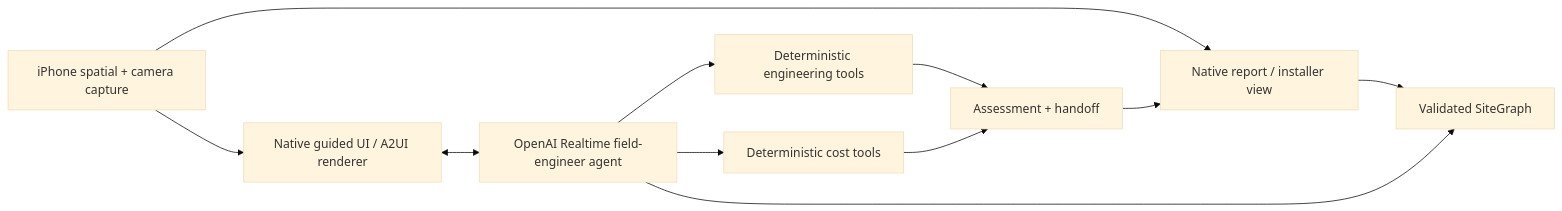
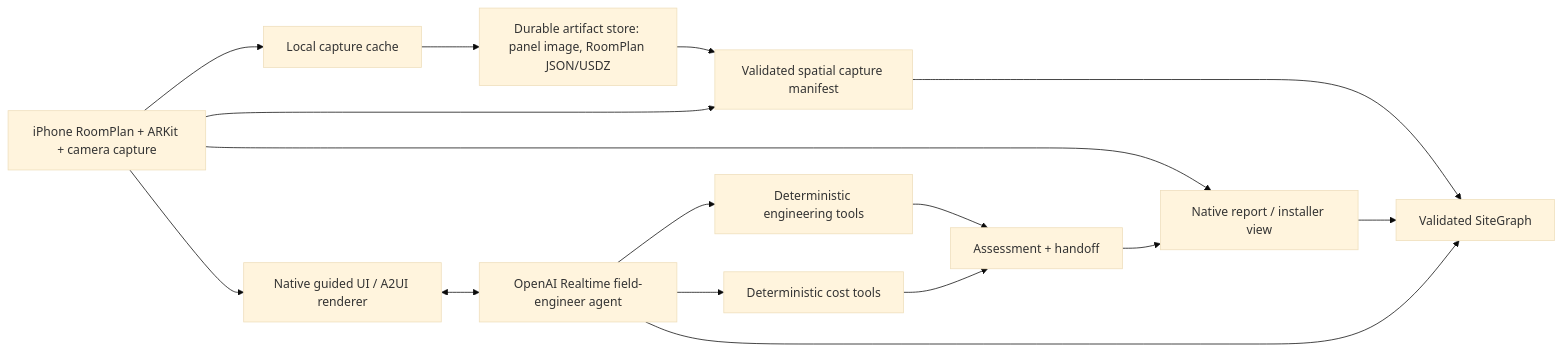
One commit to joshuachunggg/dnhacks-2026 changed the diagram in docs/ARCHITECTURE.md. Above: the diagram before and after it, drawn with Mermaid (base theme). The commit also changed other lines of this file and 27 other files, not shown here.

````diff
--- a/docs/ARCHITECTURE.md
+++ b/docs/ARCHITECTURE.md
@@ -8,13 +8,18 @@
 ```mermaid
 flowchart LR
-  I[iPhone spatial + camera capture] --> U[Native guided UI / A2UI renderer]
+  I[iPhone RoomPlan + ARKit + camera capture] --> L[Local capture cache]
+  L --> O[Durable artifact store: panel image, RoomPlan JSON/USDZ]
+  O --> M[Validated spatial capture manifest]
+  I --> M
+  M --> S[Validated SiteGraph]
+  I --> U[Native guided UI / A2UI renderer]
   I --> V[Vision proposals]
   V --> S[Validated SiteGraph]
   U <--> A[OpenAI Realtime field-engineer agent]
   A --> S
   A --> T[Deterministic engineering tools]
   A --> C[Deterministic cost tools]
   T --> R[Assessment + handoff]
   C --> R
   R --> V[Native report / installer view]
 ```
````
